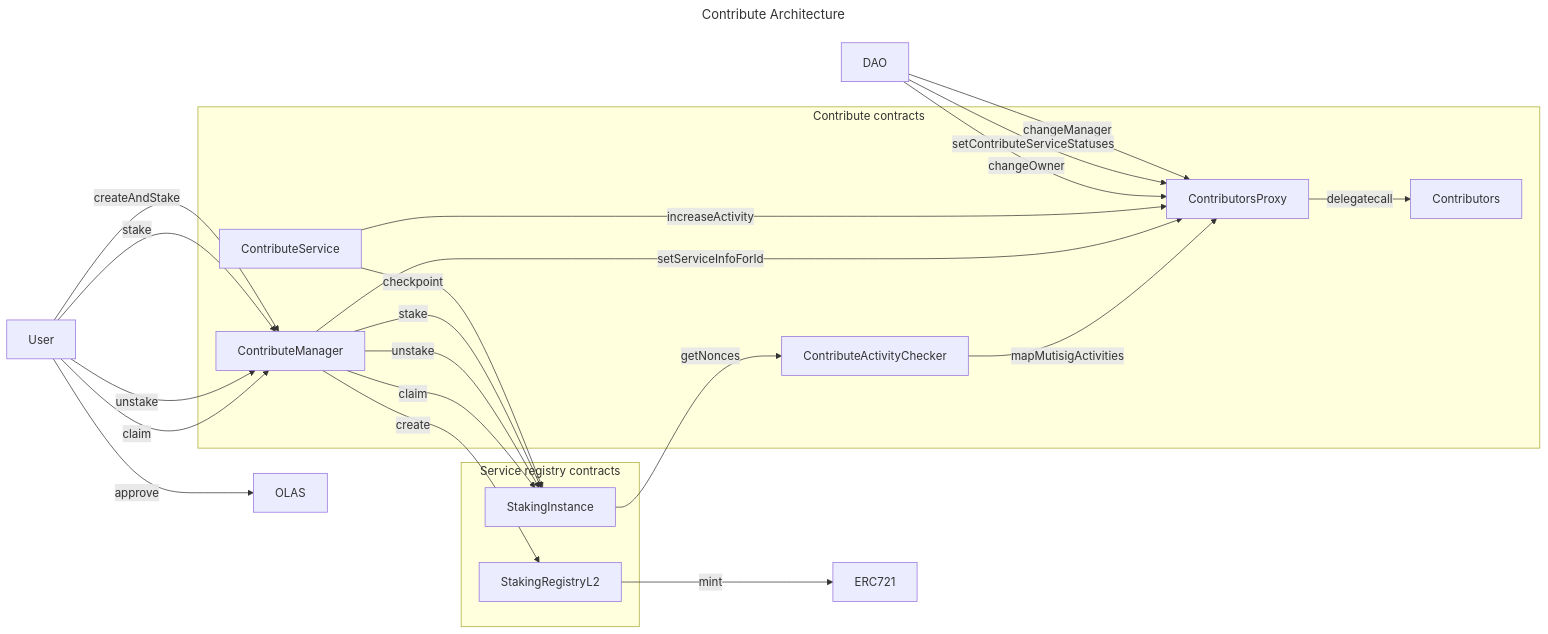
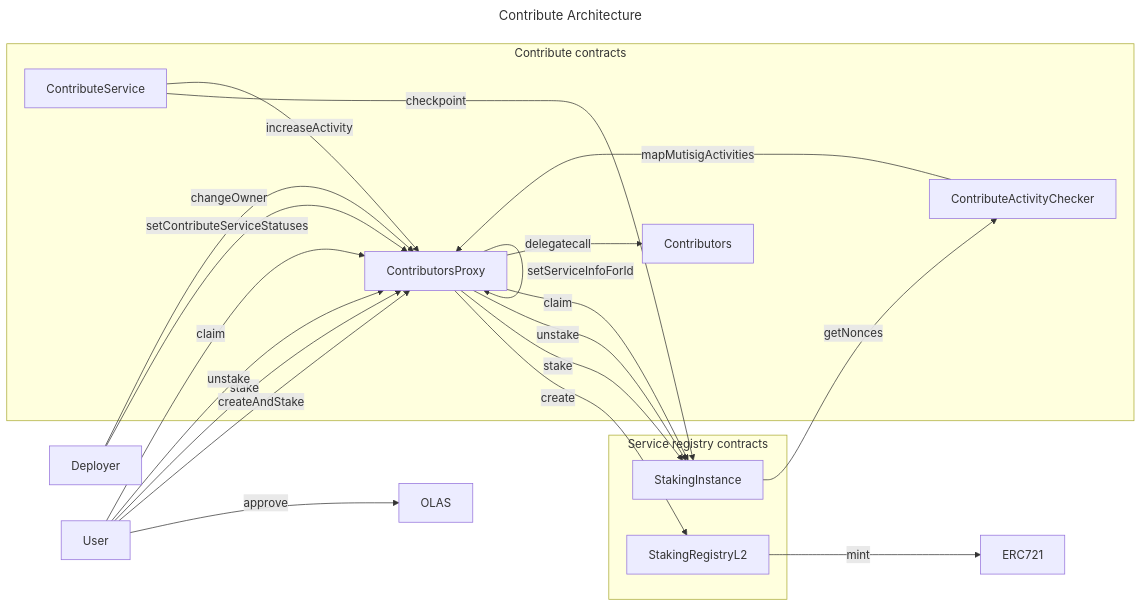
The diagram in README.md (valory-xyz/autonolas-staking-programmes), drawn with Mermaid before and after one commit.

````diff
--- a/README.md
+++ b/README.md
@@ -75,30 +75,29 @@
 ```mermaid
 ---
 title: Contribute Architecture
 ---
 flowchart LR
-    DAO -- changeManager --> ContributorsProxy
-    DAO -- setContributeServiceStatuses --> ContributorsProxy
-    DAO -- changeOwner --> ContributorsProxy
-    User -- createAndStake --> ContributeManager
-    User -- stake --> ContributeManager
-    User -- unstake --> ContributeManager
-    User -- claim --> ContributeManager
+    Deployer -- setContributeServiceStatuses --> ContributorsProxy
+    Deployer -- changeOwner --> ContributorsProxy
+    User -- createAndStake --> ContributorsProxy
+    User -- stake --> ContributorsProxy
+    User -- unstake --> ContributorsProxy
+    User -- claim --> ContributorsProxy
     ContributeService -- checkpoint --> StakingInstance -- getNonces --> ContributeActivityChecker
     User -- approve --> OLAS
-    ContributeManager -- create --> StakingRegistryL2
+    ContributorsProxy -- create --> StakingRegistryL2
     StakingRegistryL2 -- mint --> ERC721
-    ContributeManager -- stake --> StakingInstance
-    ContributeManager -- unstake --> StakingInstance
-    ContributeManager -- claim --> StakingInstance
+    ContributorsProxy -- stake --> StakingInstance
+    ContributorsProxy -- unstake --> StakingInstance
+    ContributorsProxy -- claim --> StakingInstance
     subgraph Service registry contracts
     StakingInstance
     StakingRegistryL2
     end
     subgraph Contribute contracts
     ContributeService -- increaseActivity --> ContributorsProxy
     ContributorsProxy -- delegatecall --> Contributors
-    ContributeManager -- setServiceInfoForId --> ContributorsProxy
+    ContributorsProxy -- setServiceInfoForId --> ContributorsProxy
     ContributeActivityChecker -- mapMutisigActivities --> ContributorsProxy
     end
 ```
````
